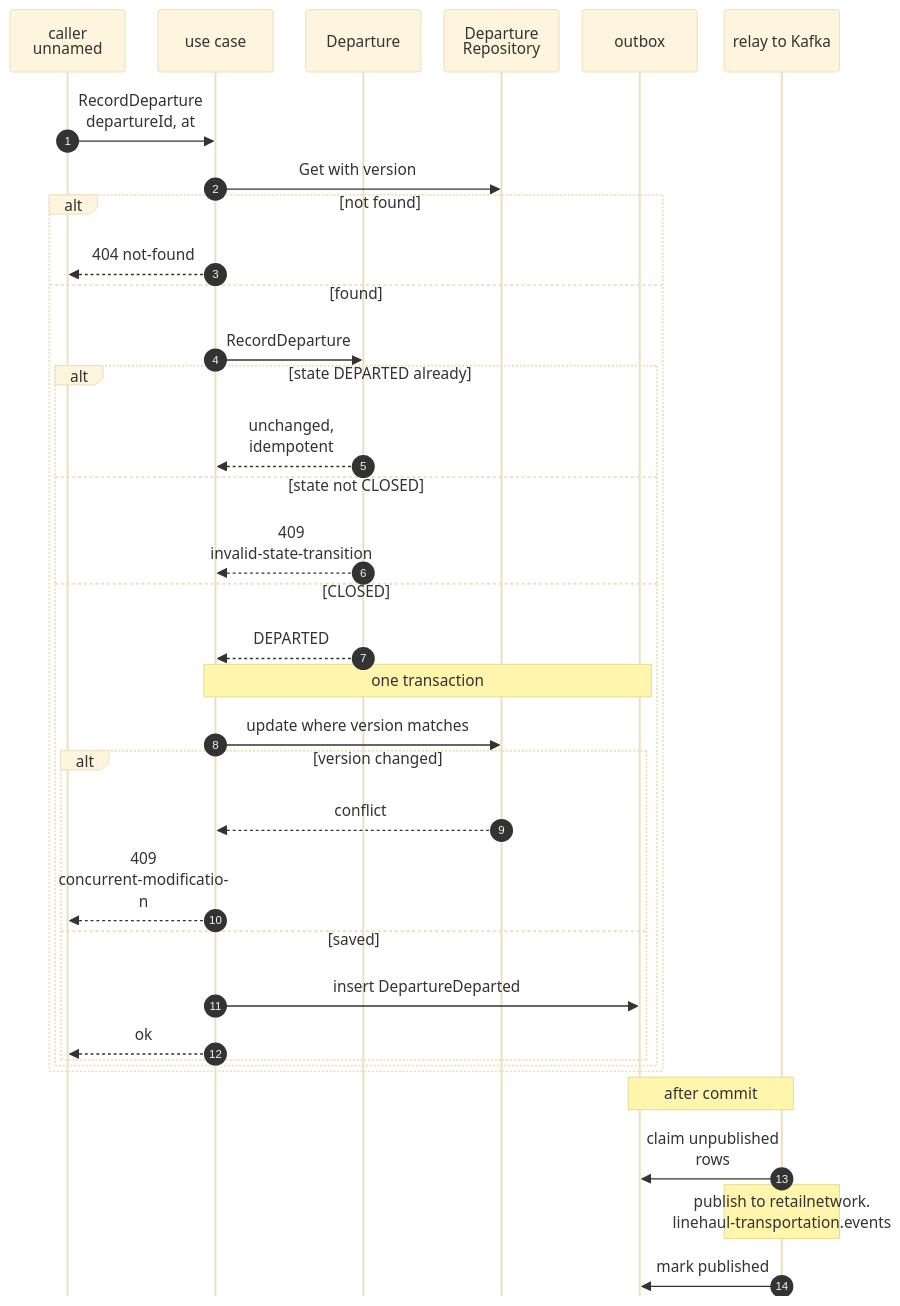
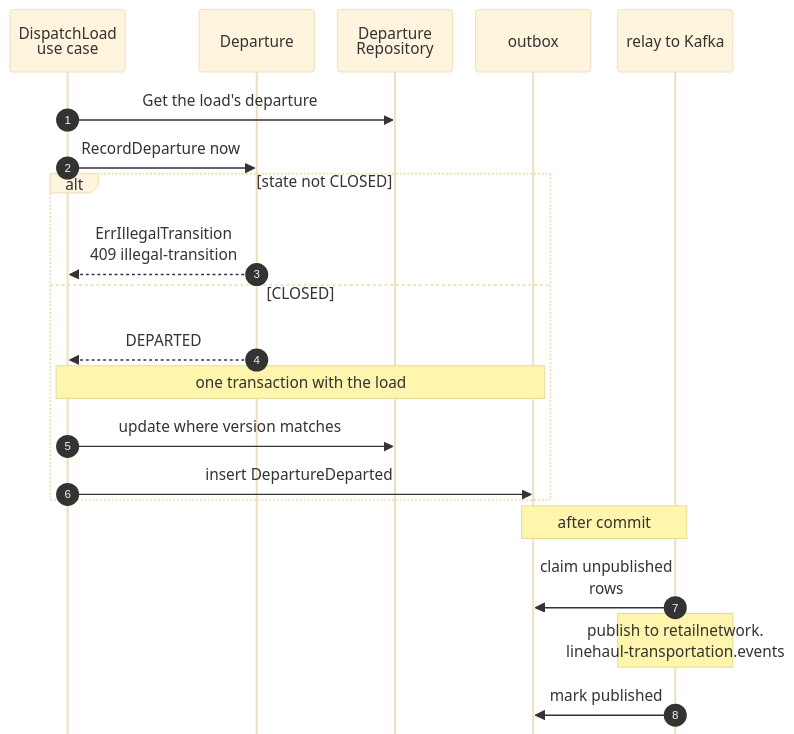
One commit to IQVO/warehouse-docs changed the fifth of 15 diagrams in network/docs/contexts/linehaul-transportation/sequence-diagrams.md. Above: the diagram before and after it, drawn with Mermaid (base theme). The commit also changed other lines of this file and 8 other files, not shown here.

````diff
--- a/network/docs/contexts/linehaul-transportation/sequence-diagrams.md
+++ b/network/docs/contexts/linehaul-transportation/sequence-diagrams.md
@@ -218,38 +196,24 @@
 ```mermaid
 %%{init: {"sequence": {"wrap": true, "width": 120, "actorMargin": 24, "messageMargin": 28, "boxMargin": 6, "noteMargin": 6, "mirrorActors": false}}}%%
 sequenceDiagram
     autonumber
-    participant H as caller<br/>unnamed
-    participant U as use case
+    participant H as DispatchLoad<br/>use case
     participant A as Departure
     participant R as Departure<br/>Repository
     participant O as outbox
     participant RL as relay to Kafka
-    H->>U: RecordDeparture departureId, at
-    U->>R: Get with version
-    alt not found
-        U-->>H: 404 not-found
-    else found
-        U->>A: RecordDeparture
-        alt state DEPARTED already
-            A-->>U: unchanged, idempotent
-        else state not CLOSED
-            A-->>U: 409 invalid-state-transition
-        else CLOSED
-            A-->>U: DEPARTED
-            Note over U,O: one transaction
-            U->>R: update where version matches
-            alt version changed
-                R-->>U: conflict
-                U-->>H: 409 concurrent-modification
-            else saved
-                U->>O: insert DepartureDeparted
-                U-->>H: ok
-            end
-        end
+    H->>R: Get the load's departure
+    H->>A: RecordDeparture now
+    alt state not CLOSED
+        A-->>H: ErrIllegalTransition<br/>409 illegal-transition
+    else CLOSED
+        A-->>H: DEPARTED
+        Note over H,O: one transaction with the load
+        H->>R: update where version matches
+        H->>O: insert DepartureDeparted
     end
     Note over O,RL: after commit
     RL->>O: claim unpublished rows
     Note over RL: publish to retailnetwork.<br/>linehaul-transportation.events
     RL->>O: mark published
 ```
````
